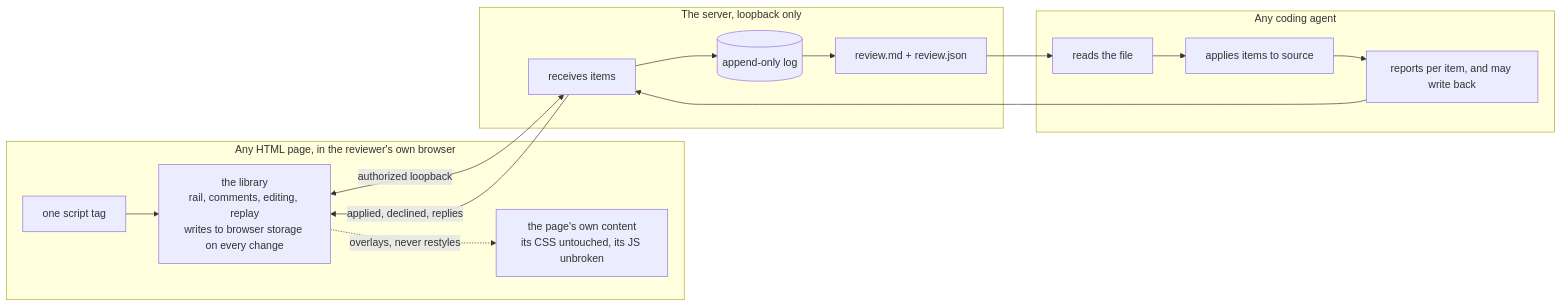
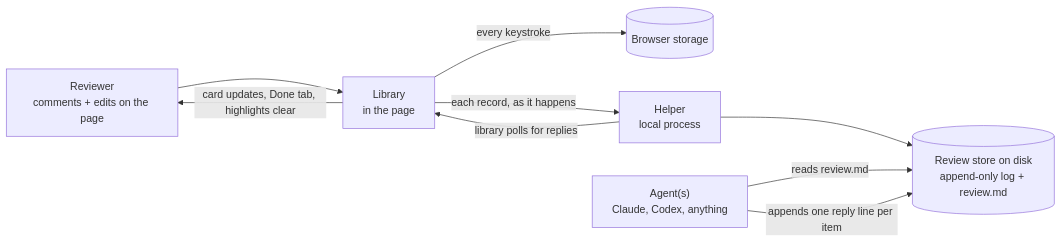
Before and after one commit to kenxle/live-agentic-html-editor: the first of 3 diagrams in docs/features/20260812.01_live_agentic_html_editor/02_architecture_live_agentic_html_editor.md, drawn with Mermaid. The commit also changed other lines of this file and 6 other files, not shown here.

Commit message:
Architecture v2: restart against the approved brief (poll flow, browse/edit states, record store, replay)

````diff
--- a/docs/features/20260812.01_live_agentic_html_editor/02_architecture_live_agentic_html_editor.md
+++ b/docs/features/20260812.01_live_agentic_html_editor/02_architecture_live_agentic_html_editor.md
@@ -18,23 +18,11 @@
 ```mermaid
 flowchart LR
-    subgraph Page["Any HTML page, in the reviewer's own browser"]
-      Tag["one script tag"] --> Lib["the library<br/>rail, comments, editing, replay<br/>writes to browser storage on every change"]
-      Host["the page's own content<br/>its CSS untouched, its JS unbroken"]
-      Lib -.overlays, never restyles.-> Host
-    end
-
-    subgraph Server["The server, loopback only"]
-      In["receives items"] --> Log[("append-only log")]
-      Log --> Files["review.md + review.json"]
-    end
-
-    subgraph Agent["Any coding agent"]
-      Read["reads the file"] --> Apply["applies items to source"]
-      Apply --> Ack["reports per item, and may write back"]
-    end
-
-    Lib <-->|authorized loopback| In
-    Files --> Read
-    Ack --> In
-    In -->|"applied, declined, replies"| Lib
+    R["Reviewer<br/>comments + edits on the page"] --> L["Library<br/>in the page"]
+    L -->|"every keystroke"| B[("Browser storage")]
+    L -->|"each record, as it happens"| H["Helper<br/>local process"]
+    H --> S[("Review store on disk<br/>append-only log + review.md")]
+    A["Agent(s)<br/>Claude, Codex, anything"] -->|"reads review.md"| S
+    A -->|"appends one reply line per item"| S
+    H -->|"library polls for replies"| L
+    L -->|"card updates, Done tab, highlights clear"| R
 ```
````
